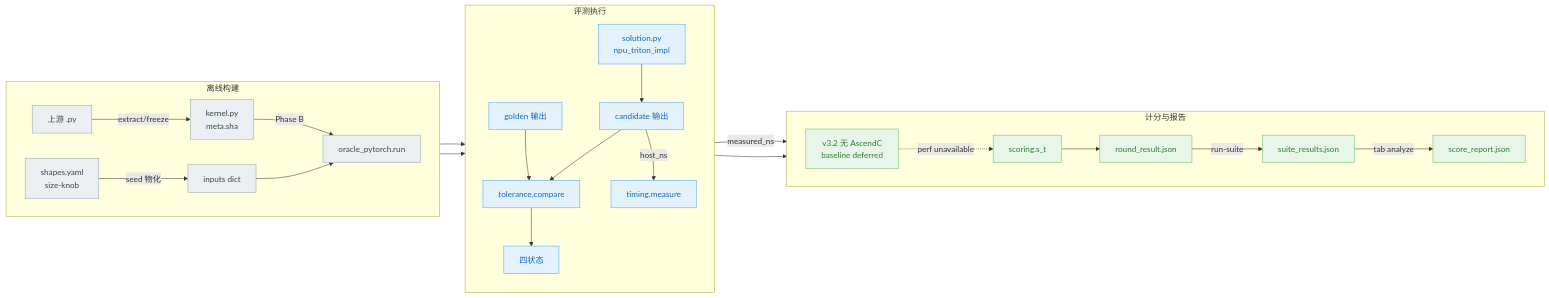
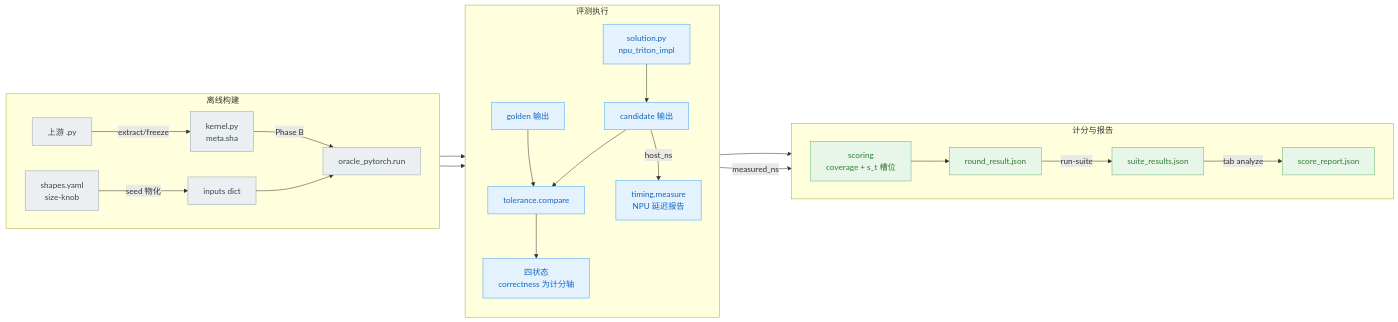
The fifth of 11 diagrams in docs/DESIGN.md (Gxj230958/TritonAscendBench), drawn with Mermaid before and after one commit. The commit also changed other lines of this file and 37 other files, not shown here.

````diff
--- a/docs/DESIGN.md
+++ b/docs/DESIGN.md
@@ -332,35 +328,34 @@
 ```mermaid
 flowchart LR
     subgraph BUILD["离线构建"]
         direction LR
         RAW["上游 .py"] -->|"extract/freeze"| KP["kernel.py<br/>meta.sha"]
         KP -->|"Phase B"| OR["oracle_pytorch.run"]
         SH["shapes.yaml<br/>size-knob"] -->|"seed 物化"| IN["inputs dict"]
     end
     subgraph EXEC["评测执行"]
         direction TB
         IN --> OR
         IN --> SOL["solution.py<br/>npu_triton_impl"]
         OR --> GOLD["golden 输出"]
         SOL --> OUT["candidate 输出"]
         GOLD --> CMP["tolerance.compare"]
         OUT --> CMP
-        CMP --> ST["四状态"]
-        OUT -->|"host_ns"| TMR["timing.measure"]
+        CMP --> ST["四状态<br/>correctness 为计分轴"]
+        OUT -->|"host_ns"| TMR["timing.measure<br/>NPU 延迟报告"]
     end
     subgraph SCORE["计分与报告"]
         direction LR
-        AB["v3.2 无 AscendC<br/>baseline deferred"] -.->|"perf unavailable"| SCO["scoring.s_t"]
+        ST --> SCO["scoring<br/>coverage + s_t 槽位"]
         TMR -->|"measured_ns"| SCO
-        ST --> SCO
         SCO --> RR["round_result.json"]
         RR -->|"run-suite"| SUI["suite_results.json"]
         SUI -->|"tab analyze"| REP["score_report.json"]
     end
     classDef build fill:#ECEFF1,stroke:#90A4AE,color:#37474F;
     classDef eval fill:#E3F2FD,stroke:#42A5F5,color:#1565C0;
     classDef score fill:#E8F5E9,stroke:#66BB6A,color:#2E7D32;
     class RAW,KP,OR,SH,IN build;
     class SOL,GOLD,OUT,CMP,ST,TMR eval;
-    class AB,SCO,RR,SUI,REP score;
+    class SCO,RR,SUI,REP score;
 ```
````
